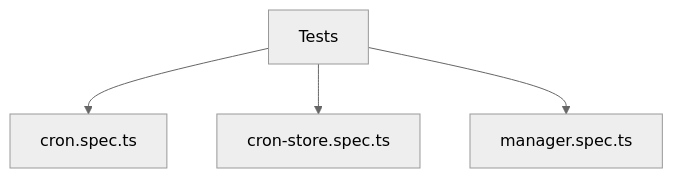
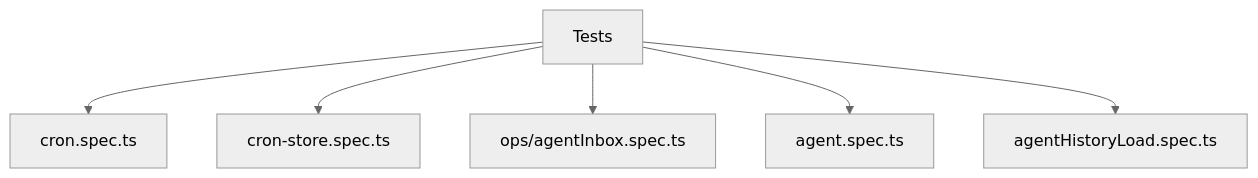
Before and after one commit to ex3ndr/claybot: the diagram in docs/testing.md, drawn with Mermaid (neutral theme). The commit also changed other lines of this file and 138 other files, not shown here.

````diff
--- a/docs/testing.md
+++ b/docs/testing.md
@@ -10,6 +12,8 @@
 ```mermaid
 flowchart TD
   Tests --> CronSpec[cron.spec.ts]
   Tests --> CronStoreSpec[cron-store.spec.ts]
-  Tests --> SessionSpec[manager.spec.ts]
+  Tests --> InboxSpec[ops/agentInbox.spec.ts]
+  Tests --> AgentSpec[agent.spec.ts]
+  Tests --> HistorySpec[agentHistoryLoad.spec.ts]
 ```
````
